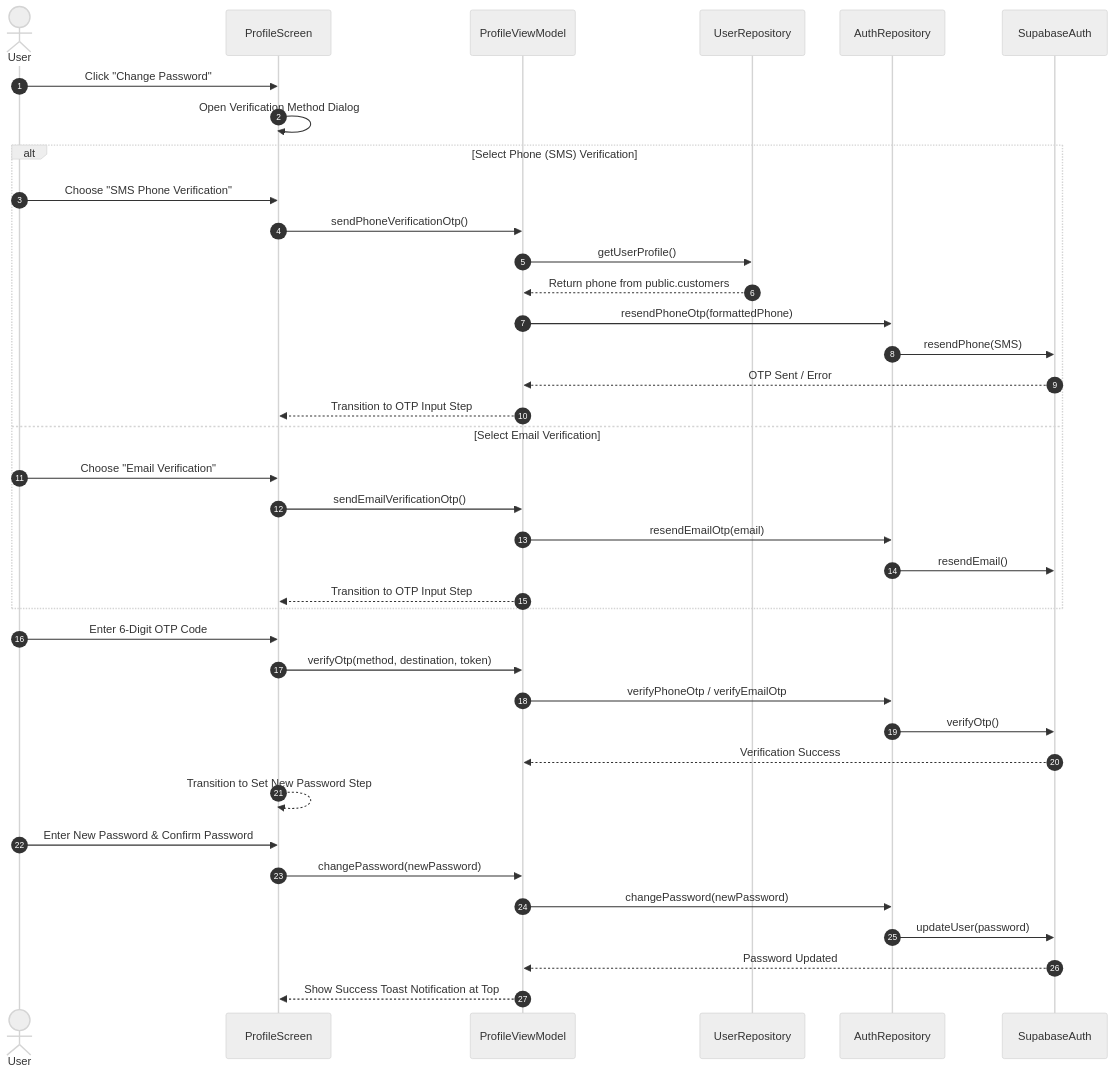
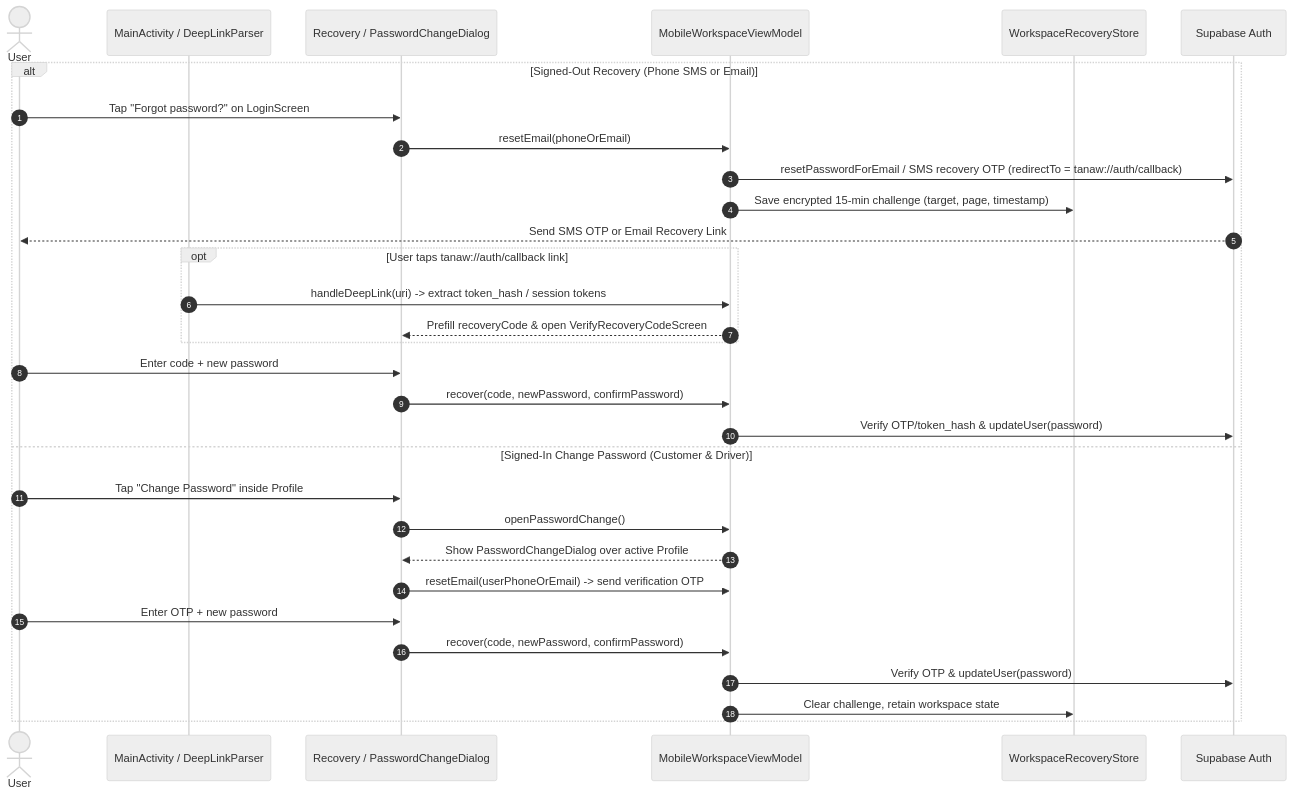
The third of 3 diagrams in project.md (Schtemberg0147/Tanaw_Mobile), drawn with Mermaid (neutral theme) before and after one commit. The commit also changed other lines of this file and 435 other files, not shown here.

````diff
--- a/project.md
+++ b/project.md
@@ -125,44 +134,34 @@
 ```mermaid
 sequenceDiagram
     autonumber
     actor User
-    participant ProfileScreen
-    participant ProfileViewModel
-    participant UserRepository
-    participant AuthRepository
-    participant SupabaseAuth
+    participant DeepLink as MainActivity / DeepLinkParser
+    participant UI as Recovery / PasswordChangeDialog
+    participant VM as MobileWorkspaceViewModel
+    participant Store as WorkspaceRecoveryStore
+    participant Auth as Supabase Auth
 
-    User->>ProfileScreen: Click "Change Password"
-    ProfileScreen->>ProfileScreen: Open Verification Method Dialog
-    
-    alt Select Phone (SMS) Verification
-        User->>ProfileScreen: Choose "SMS Phone Verification"
-        ProfileScreen->>ProfileViewModel: sendPhoneVerificationOtp()
-        ProfileViewModel->>UserRepository: getUserProfile()
-        UserRepository-->>ProfileViewModel: Return phone from public.customers
-        ProfileViewModel->>AuthRepository: resendPhoneOtp(formattedPhone)
-        AuthRepository->>SupabaseAuth: resendPhone(SMS)
-        SupabaseAuth-->>ProfileViewModel: OTP Sent / Error
-        ProfileViewModel-->>ProfileScreen: Transition to OTP Input Step
-    else Select Email Verification
-        User->>ProfileScreen: Choose "Email Verification"
-        ProfileScreen->>ProfileViewModel: sendEmailVerificationOtp()
-        ProfileViewModel->>AuthRepository: resendEmailOtp(email)
-        AuthRepository->>SupabaseAuth: resendEmail()
-        ProfileViewModel-->>ProfileScreen: Transition to OTP Input Step
+    alt Signed-Out Recovery (Phone SMS or Email)
+        User->>UI: Tap "Forgot password?" on LoginScreen
+        UI->>VM: resetEmail(phoneOrEmail)
+        VM->>Auth: resetPasswordForEmail / SMS recovery OTP (redirectTo = tanaw://auth/callback)
+        VM->>Store: Save encrypted 15-min challenge (target, page, timestamp)
+        Auth-->>User: Send SMS OTP or Email Recovery Link
+        opt User taps tanaw://auth/callback link
+            DeepLink->>VM: handleDeepLink(uri) -> extract token_hash / session tokens
+            VM-->>UI: Prefill recoveryCode & open VerifyRecoveryCodeScreen
+        end
+        User->>UI: Enter code + new password
+        UI->>VM: recover(code, newPassword, confirmPassword)
+        VM->>Auth: Verify OTP/token_hash & updateUser(password)
+    else Signed-In Change Password (Customer & Driver)
+        User->>UI: Tap "Change Password" inside Profile
+        UI->>VM: openPasswordChange()
+        VM-->>UI: Show PasswordChangeDialog over active Profile
+        UI->>VM: resetEmail(userPhoneOrEmail) -> send verification OTP
+        User->>UI: Enter OTP + new password
+        UI->>VM: recover(code, newPassword, confirmPassword)
+        VM->>Auth: Verify OTP & updateUser(password)
+        VM->>Store: Clear challenge, retain workspace state
     end
-
-    User->>ProfileScreen: Enter 6-Digit OTP Code
-    ProfileScreen->>ProfileViewModel: verifyOtp(method, destination, token)
-    ProfileViewModel->>AuthRepository: verifyPhoneOtp / verifyEmailOtp
-    AuthRepository->>SupabaseAuth: verifyOtp()
-    SupabaseAuth-->>ProfileViewModel: Verification Success
-
-    ProfileScreen-->>ProfileScreen: Transition to Set New Password Step
-    User->>ProfileScreen: Enter New Password & Confirm Password
-    ProfileScreen->>ProfileViewModel: changePassword(newPassword)
-    ProfileViewModel->>AuthRepository: changePassword(newPassword)
-    AuthRepository->>SupabaseAuth: updateUser(password)
-    SupabaseAuth-->>ProfileViewModel: Password Updated
-    ProfileViewModel-->>ProfileScreen: Show Success Toast Notification at Top
 ```
````
